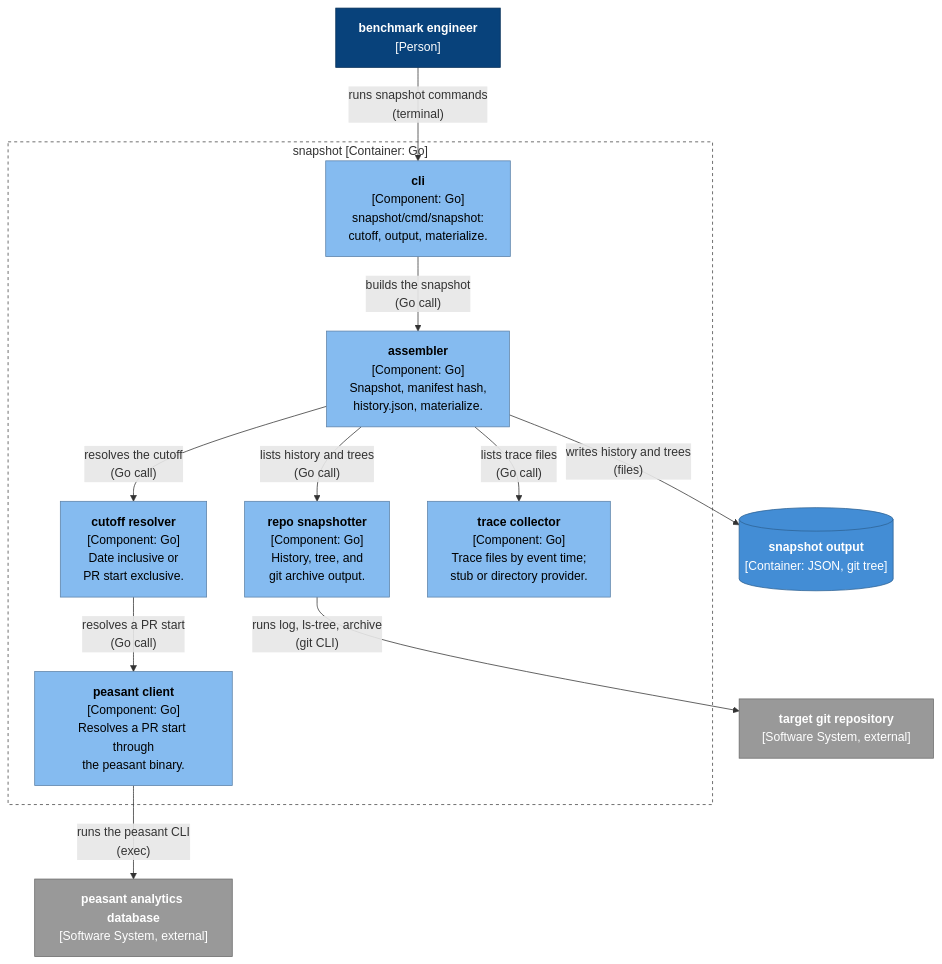
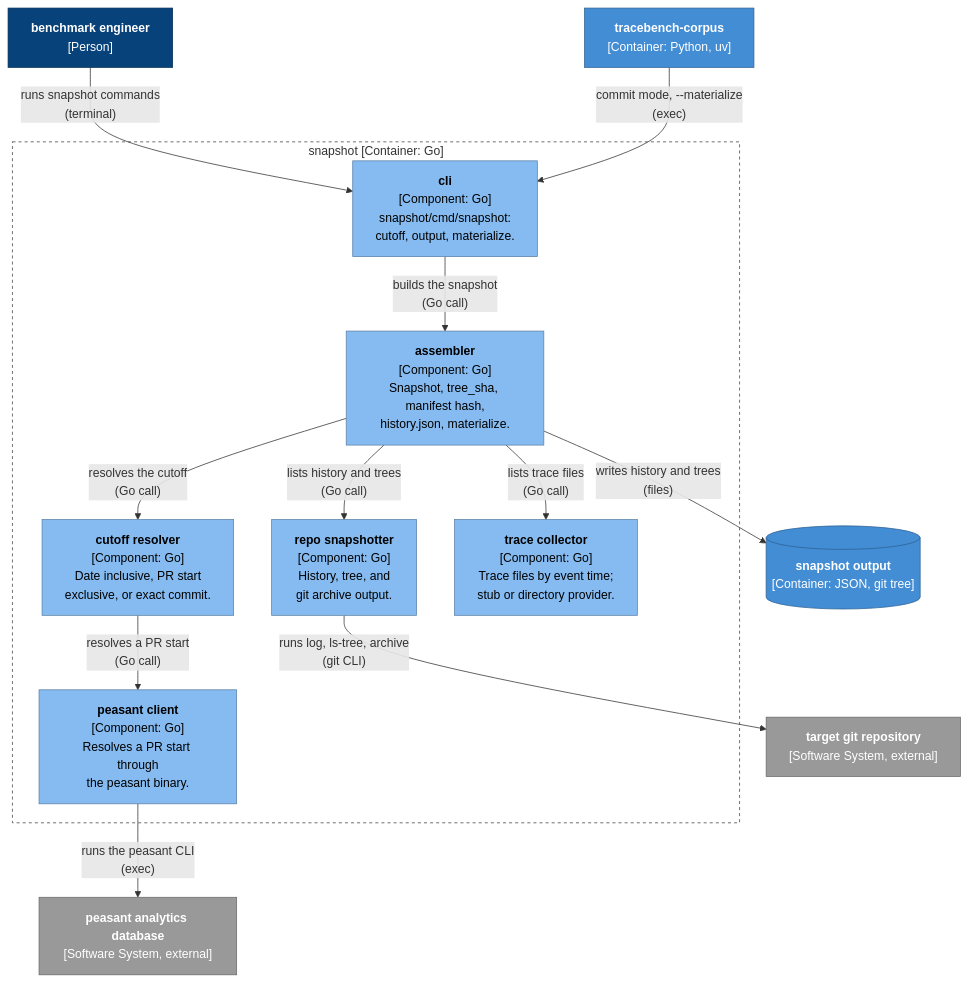
The fifth of 15 diagrams in docs/architecture.md (dayvidpham/TraceBench), drawn with Mermaid before and after one commit. The commit also changed other lines of this file, not shown here.

Commit message:
docs: add the task pipeline, oracle, worktree, verifier, and job config to the architecture views

````diff
--- a/docs/architecture.md
+++ b/docs/architecture.md
@@ -398,35 +478,38 @@
 ```mermaid
 flowchart TB
   dev["<b>benchmark engineer</b><br/>[Person]"]:::person
 
   subgraph snapsys["snapshot [Container: Go]"]
     scli["<b>cli</b><br/>[Component: Go]<br/>snapshot/cmd/snapshot:<br/>cutoff, output, materialize."]:::component
-    cut["<b>cutoff resolver</b><br/>[Component: Go]<br/>Date inclusive or<br/>PR start exclusive."]:::component
+    cut["<b>cutoff resolver</b><br/>[Component: Go]<br/>Date inclusive, PR start<br/>exclusive, or exact commit."]:::component
     pc["<b>peasant client</b><br/>[Component: Go]<br/>Resolves a PR start through<br/>the peasant binary."]:::component
     repo["<b>repo snapshotter</b><br/>[Component: Go]<br/>History, tree, and<br/>git archive output."]:::component
     trc["<b>trace collector</b><br/>[Component: Go]<br/>Trace files by event time;<br/>stub or directory provider."]:::component
-    api["<b>assembler</b><br/>[Component: Go]<br/>Snapshot, manifest hash,<br/>history.json, materialize."]:::component
+    api["<b>assembler</b><br/>[Component: Go]<br/>Snapshot, tree_sha, manifest hash,<br/>history.json, materialize."]:::component
   end
+
+  loader["<b>tracebench-corpus</b><br/>[Container: Python, uv]"]:::container
 
   db["<b>peasant analytics database</b><br/>[Software System, external]"]:::external
   git["<b>target git repository</b><br/>[Software System, external]"]:::external
   snapout[("<b>snapshot output</b><br/>[Container: JSON, git tree]")]:::container
 
   dev -->|"runs snapshot commands<br/>(terminal)"| scli
+  loader -->|"commit mode, --materialize<br/>(exec)"| scli
   scli -->|"builds the snapshot<br/>(Go call)"| api
   api -->|"resolves the cutoff<br/>(Go call)"| cut
   api -->|"lists history and trees<br/>(Go call)"| repo
   api -->|"lists trace files<br/>(Go call)"| trc
   cut -->|"resolves a PR start<br/>(Go call)"| pc
   pc -->|"runs the peasant CLI<br/>(exec)"| db
   repo -->|"runs log, ls-tree, archive<br/>(git CLI)"| git
   api -->|"writes history and trees<br/>(files)"| snapout
 
   style snapsys fill:none,stroke:#444,stroke-dasharray:4 4
 
   classDef person fill:#08427b,stroke:#052e56,color:#fff
   classDef system fill:#1168bd,stroke:#0b4884,color:#fff
   classDef container fill:#438dd5,stroke:#2e6295,color:#fff
   classDef component fill:#85bbf0,stroke:#5d82a8,color:#000
   classDef external fill:#999999,stroke:#6b6b6b,color:#fff
 ```
````
